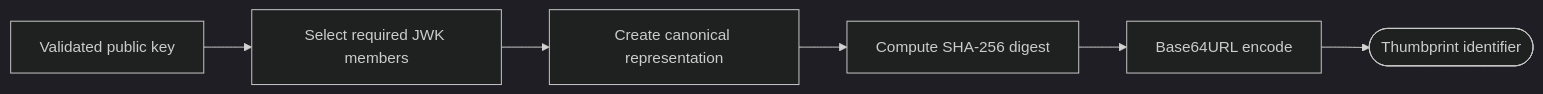
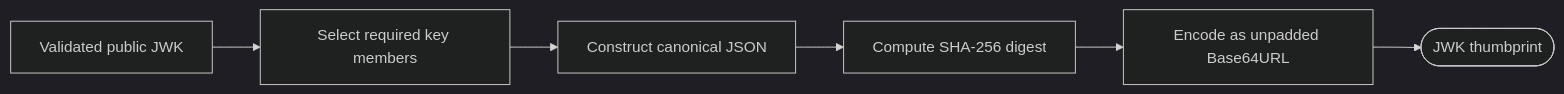
One commit to mkbeh/xjose changed diagram 14 of 20 in DESIGN.md. Above: the diagram before and after it, drawn with Mermaid (dark theme). The commit also changed other lines of this file, not shown here.

Commit message:
docs: refine architectural design

````diff
--- a/DESIGN.md
+++ b/DESIGN.md
@@ -547,14 +603,14 @@
 ```mermaid
 flowchart LR
-    Key[Validated public key]
-    Members[Select required JWK members]
-    Canonical[Create canonical representation]
+    Key[Validated public JWK]
+    Members[Select required key members]
+    Canonical[Construct canonical JSON]
     Hash[Compute SHA-256 digest]
-    Encode[Base64URL encode]
-    ID([Thumbprint identifier])
+    Encode[Encode as unpadded Base64URL]
+    Thumbprint([JWK thumbprint])
     Key --> Members
     Members --> Canonical
     Canonical --> Hash
     Hash --> Encode
-    Encode --> ID
+    Encode --> Thumbprint
 ```
````
